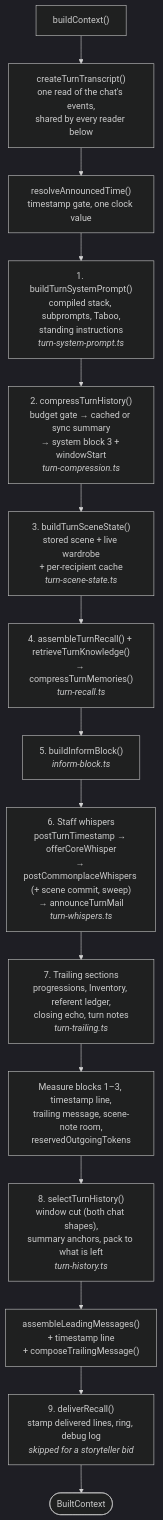
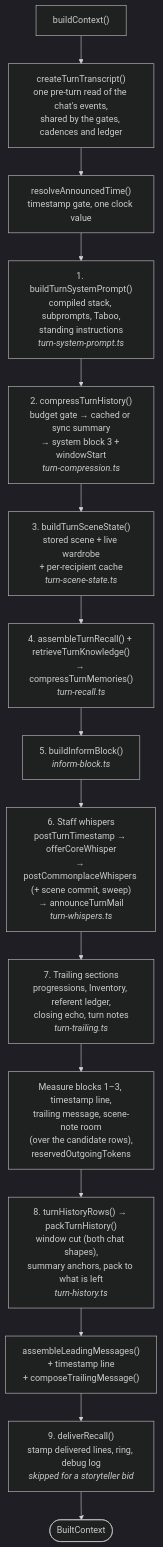
The tenth of 10 diagrams in docs/developer/SYSTEM_FLOWCHARTS.md (foundry-9/quilltap-server), drawn with Mermaid (dark theme) before and after one commit. The commit also changed other lines of this file and 17 other files, not shown here.

````diff
--- a/docs/developer/SYSTEM_FLOWCHARTS.md
+++ b/docs/developer/SYSTEM_FLOWCHARTS.md
@@ -606,17 +606,17 @@
 ```mermaid
 flowchart TD
-    START["buildContext()"] --> TX["createTurnTranscript()<br/>one read of the chat's events,<br/>shared by every reader below"]
+    START["buildContext()"] --> TX["createTurnTranscript()<br/>one pre-turn read of the chat's events,<br/>shared by the gates, cadences and ledger"]
     TX --> TIME["resolveAnnouncedTime()<br/>timestamp gate, one clock value"]
     TIME --> SYS["1. buildTurnSystemPrompt()<br/>compiled stack, subprompts, Taboo,<br/>standing instructions<br/><i>turn-system-prompt.ts</i>"]
     SYS --> COMP["2. compressTurnHistory()<br/>budget gate → cached or sync summary<br/>→ system block 3 + windowStart<br/><i>turn-compression.ts</i>"]
     COMP --> SCENE["3. buildTurnSceneState()<br/>stored scene + live wardrobe<br/>+ per-recipient cache<br/><i>turn-scene-state.ts</i>"]
     SCENE --> RECALL["4. assembleTurnRecall() + retrieveTurnKnowledge()<br/>→ compressTurnMemories()<br/><i>turn-recall.ts</i>"]
     RECALL --> INFORM["5. buildInformBlock()<br/><i>inform-block.ts</i>"]
     INFORM --> WHISPER["6. Staff whispers<br/>postTurnTimestamp → offerCoreWhisper<br/>→ postCommonplaceWhispers (+ scene commit, sweep)<br/>→ announceTurnMail<br/><i>turn-whispers.ts</i>"]
     WHISPER --> TRAIL["7. Trailing sections<br/>progressions, Inventory, referent ledger,<br/>closing echo, turn notes<br/><i>turn-trailing.ts</i>"]
-    TRAIL --> MEASURE["Measure blocks 1–3, timestamp line,<br/>trailing message, scene-note room,<br/>reservedOutgoingTokens"]
-    MEASURE --> HIST["8. selectTurnHistory()<br/>window cut (both chat shapes),<br/>summary anchors, pack to what is left<br/><i>turn-history.ts</i>"]
+    TRAIL --> MEASURE["Measure blocks 1–3, timestamp line,<br/>trailing message, scene-note room<br/>(over the candidate rows),<br/>reservedOutgoingTokens"]
+    MEASURE --> HIST["8. turnHistoryRows() → packTurnHistory()<br/>window cut (both chat shapes),<br/>summary anchors, pack to what is left<br/><i>turn-history.ts</i>"]
     HIST --> ASM["assembleLeadingMessages()<br/>+ timestamp line<br/>+ composeTrailingMessage()"]
     ASM --> DELIVER["9. deliverRecall()<br/>stamp delivered lines, ring, debug log<br/><i>skipped for a storyteller bid</i>"]
     DELIVER --> DONE([BuiltContext])
 ```
````
